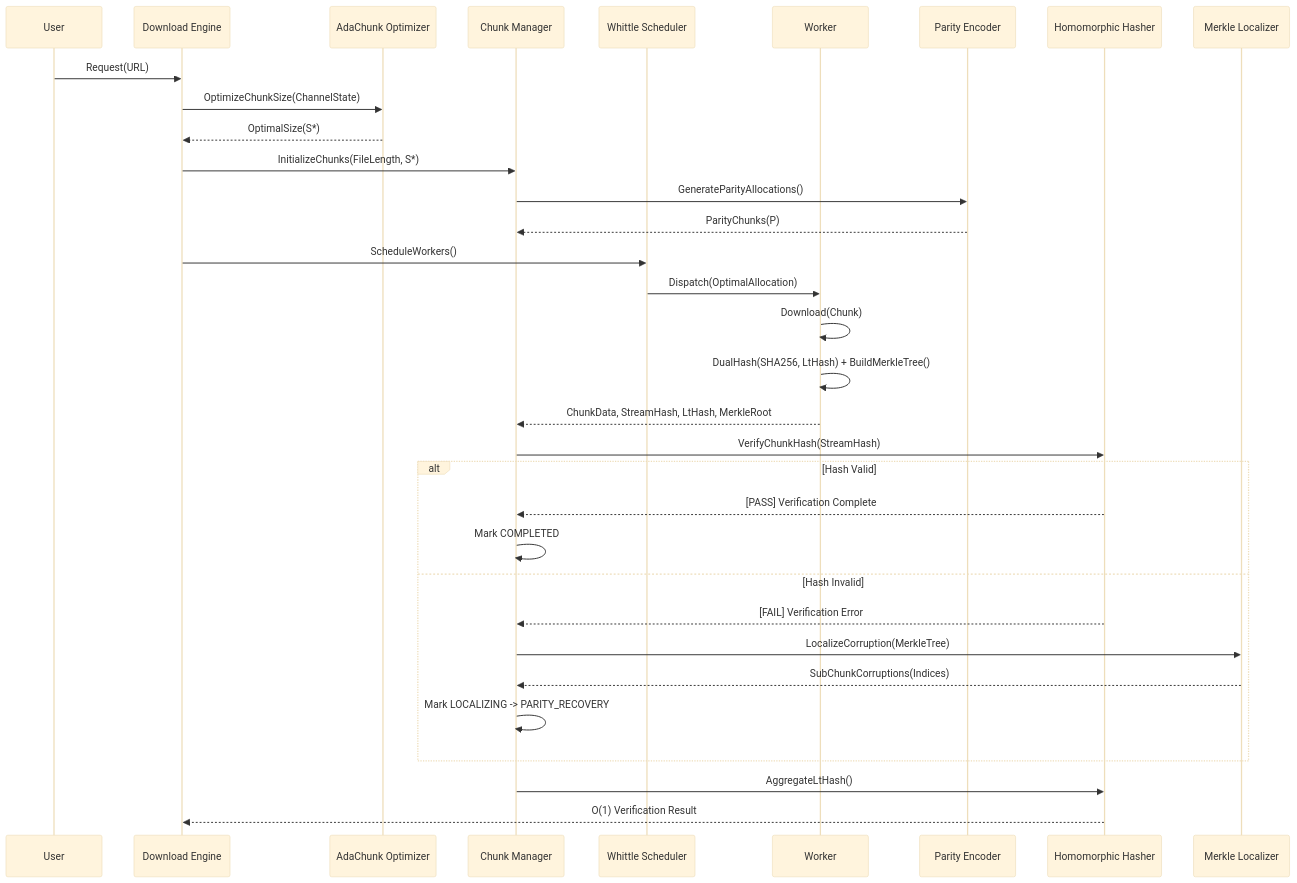
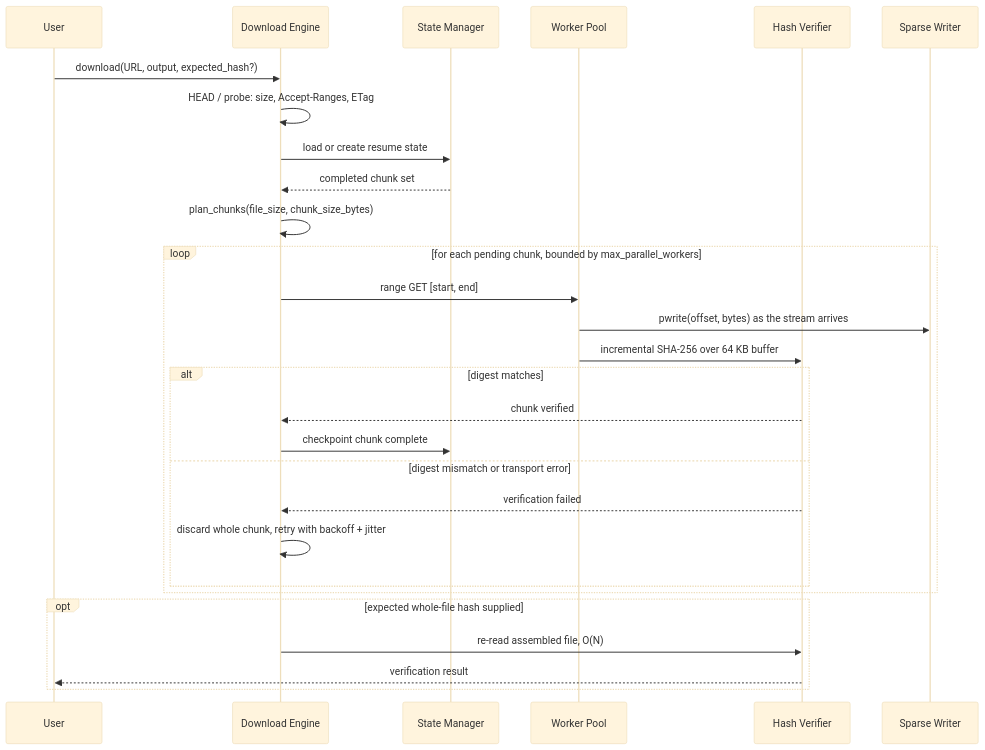
The first of 3 diagrams in docs/DATA_FLOW.md (PxA-Labs/ReliaDL), drawn with Mermaid (base theme) before and after one commit. The commit also changed other lines of this file and 28 other files, not shown here.

````diff
--- a/docs/DATA_FLOW.md
+++ b/docs/DATA_FLOW.md
@@ -14,36 +24,31 @@
 ```mermaid
 sequenceDiagram
     participant User
     participant DL as Download Engine
-    participant AC as AdaChunk Optimizer
-    participant CM as Chunk Manager
-    participant WS as Whittle Scheduler
-    participant W as Worker
-    participant PE as Parity Encoder
-    participant HH as Homomorphic Hasher
-    participant ML as Merkle Localizer
+    participant SM as State Manager
+    participant W as Worker Pool
+    participant HV as Hash Verifier
+    participant FW as Sparse Writer
 
-    User->>DL: Request(URL)
-    DL->>AC: OptimizeChunkSize(ChannelState)
-    AC-->>DL: OptimalSize(S*)
-    DL->>CM: InitializeChunks(FileLength, S*)
-    CM->>PE: GenerateParityAllocations()
-    PE-->>CM: ParityChunks(P)
-    DL->>WS: ScheduleWorkers()
-    WS->>W: Dispatch(OptimalAllocation)
-    W->>W: Download(Chunk)
-    W->>W: DualHash(SHA256, LtHash) + BuildMerkleTree()
-    W-->>CM: ChunkData, StreamHash, LtHash, MerkleRoot
-    CM->>HH: VerifyChunkHash(StreamHash)
-    alt Hash Valid
-        HH-->>CM: [PASS] Verification Complete
-        CM->>CM: Mark COMPLETED
-    else Hash Invalid
-        HH-->>CM: [FAIL] Verification Error
-        CM->>ML: LocalizeCorruption(MerkleTree)
-        ML-->>CM: SubChunkCorruptions(Indices)
-        CM->>CM: Mark LOCALIZING -> PARITY_RECOVERY
+    User->>DL: download(URL, output, expected_hash?)
+    DL->>DL: HEAD / probe: size, Accept-Ranges, ETag
+    DL->>SM: load or create resume state
+    SM-->>DL: completed chunk set
+    DL->>DL: plan_chunks(file_size, chunk_size_bytes)
+    loop for each pending chunk, bounded by max_parallel_workers
+        DL->>W: range GET [start, end]
+        W->>FW: pwrite(offset, bytes) as the stream arrives
+        W->>HV: incremental SHA-256 over 64 KB buffer
+        alt digest matches
+            HV-->>DL: chunk verified
+            DL->>SM: checkpoint chunk complete
+        else digest mismatch or transport error
+            HV-->>DL: verification failed
+            DL->>DL: discard whole chunk, retry with backoff + jitter
+        end
     end
-    CM->>HH: AggregateLtHash()
-    HH-->>DL: O(1) Verification Result
+    opt expected whole-file hash supplied
+        DL->>HV: re-read assembled file, O(N)
+        HV-->>User: verification result
+    end
 ```
````
